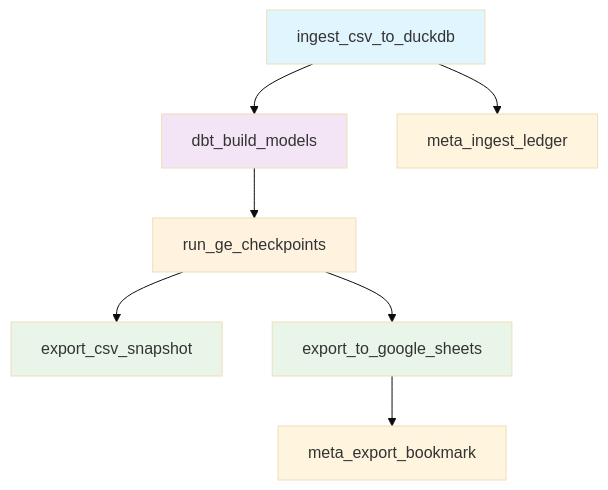
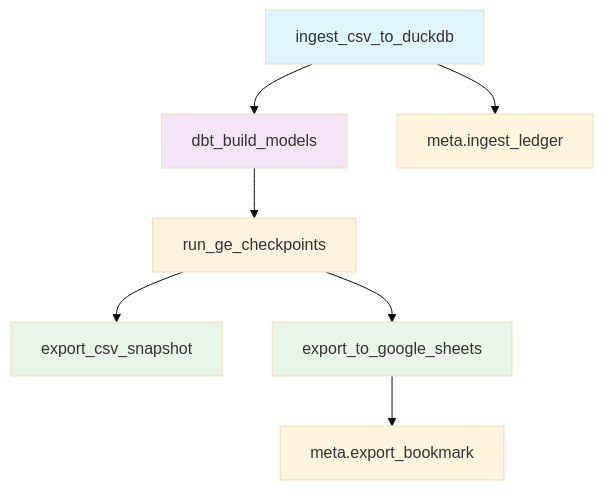
Before and after one commit to criscit/finance-analytics-pipeline: the third of 9 diagrams in docs/docs/diagrams.md, drawn with Mermaid (base theme). The commit also changed other lines of this file and 36 other files, not shown here.

````diff
--- a/docs/docs/diagrams.md
+++ b/docs/docs/diagrams.md
@@ -87,16 +87,16 @@
 ```mermaid
 graph TD
     A[ingest_csv_to_duckdb] --> B[dbt_build_models]
     B --> C[run_ge_checkpoints]
     C --> D[export_csv_snapshot]
     C --> E[export_to_google_sheets]
     
-    A --> F[meta_ingest_ledger]
-    E --> G[meta_export_bookmark]
+    A --> F[meta.ingest_ledger]
+    E --> G[meta.export_bookmark]
     
     style A fill:#e1f5fe
     style B fill:#f3e5f5
     style C fill:#fff3e0
     style D fill:#e8f5e8
     style E fill:#e8f5e8
 ```
````
